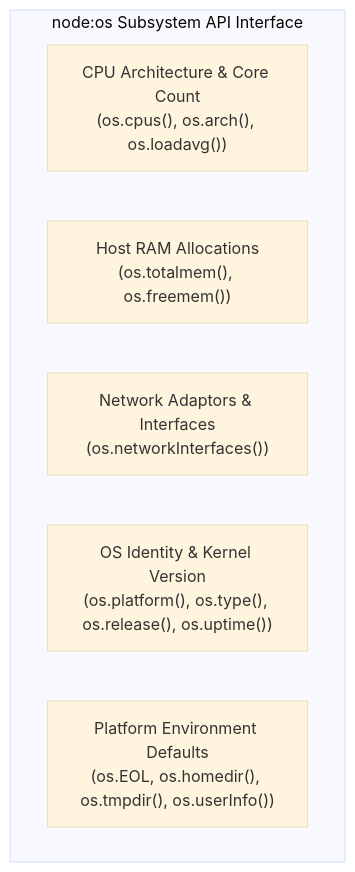
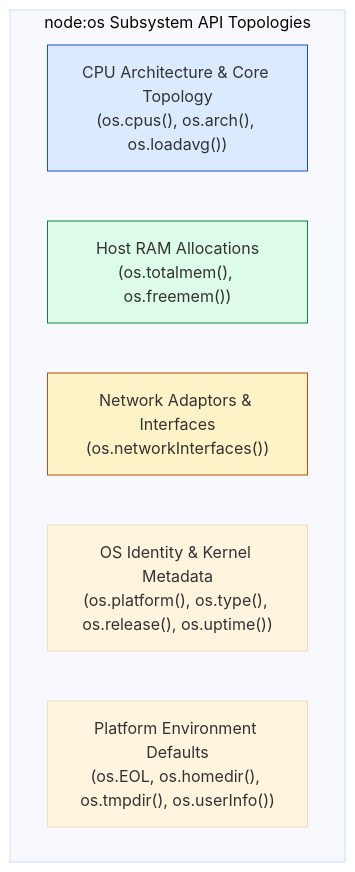
One commit to Amie-dev/engineering-playbook changed the first of 2 diagrams in nodejs-notes/15-os-module.md. Above: the diagram before and after it, drawn with Mermaid (base theme). The commit also changed other lines of this file and 31 other files, not shown here.

````diff
--- a/nodejs-notes/15-os-module.md
+++ b/nodejs-notes/15-os-module.md
@@ -13,10 +15,14 @@
 ```mermaid
-graph TD
-    subgraph node:os Subsystem API Interface
-        CPUMetrics["CPU Architecture & Core Count<br/>(os.cpus(), os.arch(), os.loadavg())"]
+flowchart TD
+    subgraph node:os Subsystem API Topologies
+        CPUMetrics["CPU Architecture & Core Topology<br/>(os.cpus(), os.arch(), os.loadavg())"]
         MemoryMetrics["Host RAM Allocations<br/>(os.totalmem(), os.freemem())"]
         NetworkMetrics["Network Adaptors & Interfaces<br/>(os.networkInterfaces())"]
-        SystemInfo["OS Identity & Kernel Version<br/>(os.platform(), os.type(), os.release(), os.uptime())"]
+        SystemInfo["OS Identity & Kernel Metadata<br/>(os.platform(), os.type(), os.release(), os.uptime())"]
         PlatformConstants["Platform Environment Defaults<br/>(os.EOL, os.homedir(), os.tmpdir(), os.userInfo())"]
     end
+
+    style CPUMetrics fill:#dbeafe,stroke:#1d4ed8
+    style MemoryMetrics fill:#dcfce7,stroke:#15803d
+    style NetworkMetrics fill:#fef3c7,stroke:#b45309
 ```
````
